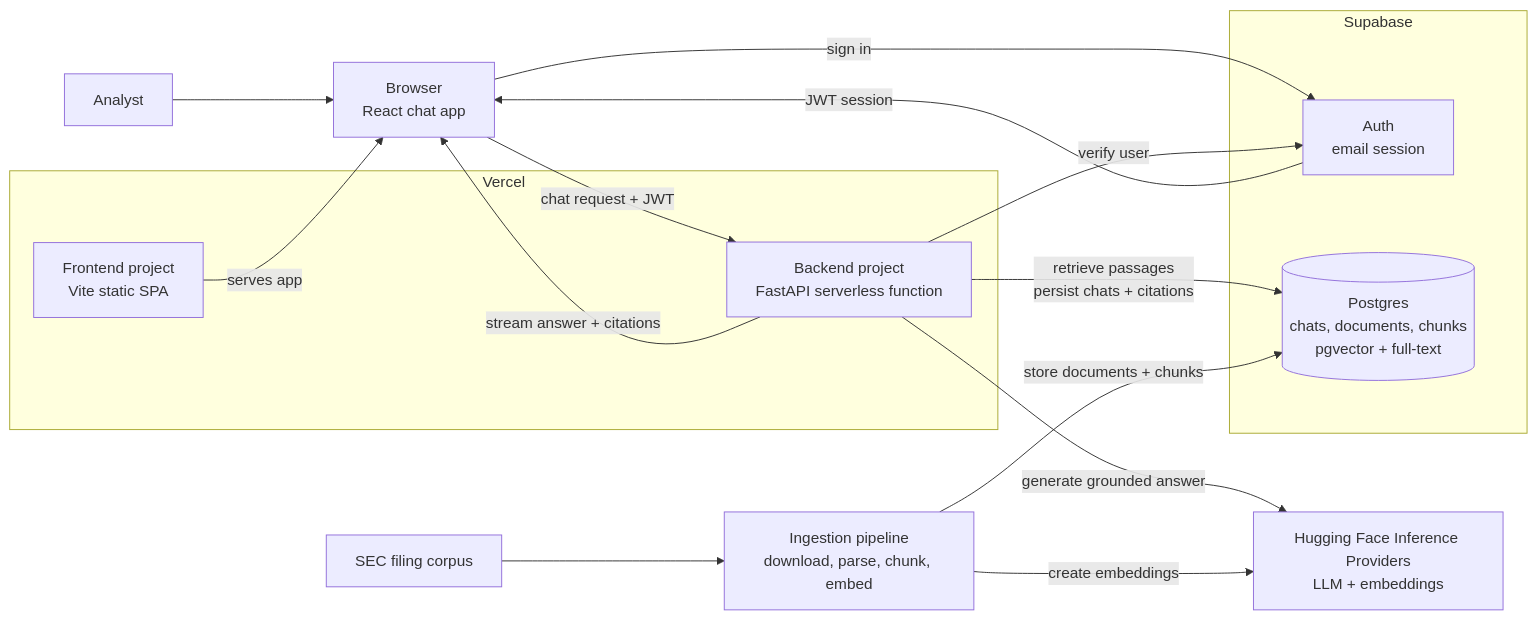
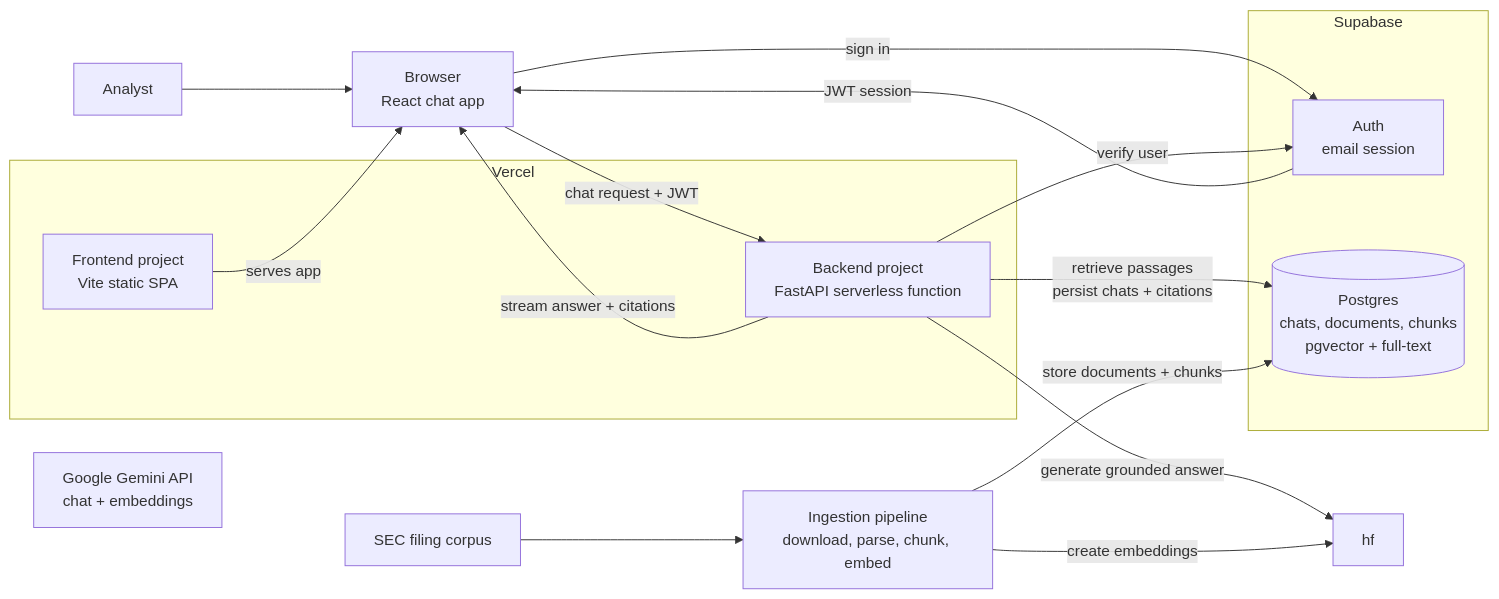
The diagram in docs/architecture.md (KD-030/document_copilot), drawn with Mermaid before and after one commit. The commit also changed other lines of this file and 17 other files, not shown here.

````diff
--- a/docs/architecture.md
+++ b/docs/architecture.md
@@ -13,31 +13,31 @@
 ```mermaid
 flowchart LR
     user[Analyst] --> browser[Browser<br/>React chat app]
 
     subgraph vercel[Vercel]
         frontend[Frontend project<br/>Vite static SPA]
         backend[Backend project<br/>FastAPI serverless function]
     end
 
     subgraph supabase[Supabase]
         auth[Auth<br/>email session]
         db[(Postgres<br/>chats, documents, chunks<br/>pgvector + full-text)]
     end
 
-    hf[Hugging Face Inference Providers<br/>LLM + embeddings]
+    gemini[Google Gemini API<br/>chat + embeddings]
     corpus[SEC filing corpus]
     ingestion[Ingestion pipeline<br/>download, parse, chunk, embed]
 
     frontend -->|serves app| browser
     browser -->|sign in| auth
     auth -->|JWT session| browser
     browser -->|chat request + JWT| backend
     backend -->|verify user| auth
     backend -->|retrieve passages<br/>persist chats + citations| db
     backend -->|generate grounded answer| hf
     backend -->|stream answer + citations| browser
 
     corpus --> ingestion
     ingestion -->|create embeddings| hf
     ingestion -->|store documents + chunks| db
 ```
````
